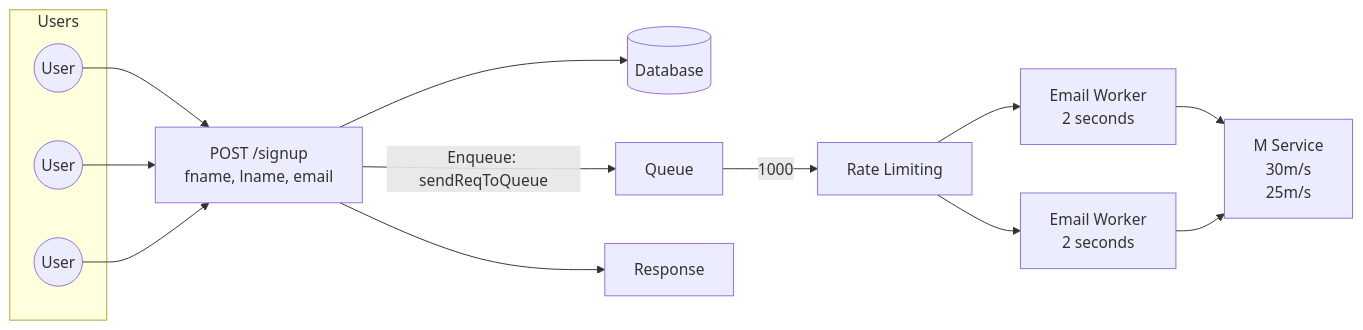
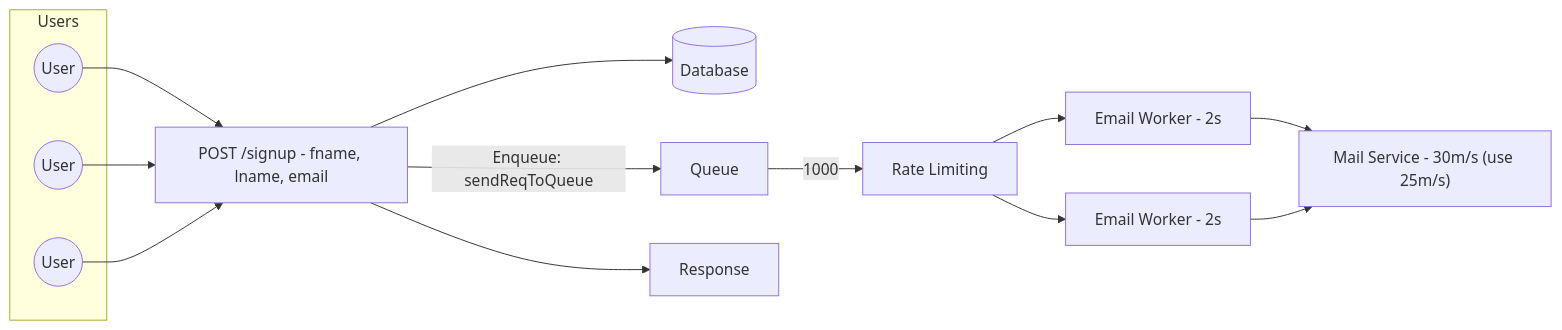
Before and after one commit to NalinDalal/system-design: the first of 4 diagrams in 3.NotificationSystem.md, drawn with Mermaid. The commit also changed other lines of this file and 2 other files, not shown here.

````diff
--- a/3.NotificationSystem.md
+++ b/3.NotificationSystem.md
@@ -57,24 +33,24 @@
 ```mermaid
 flowchart LR
     subgraph Users
         U1((User))
         U2((User))
         U3((User))
     end
 
-    U1 --> S[POST /signup <br/>fname, lname, email]
+    U1 --> S["POST /signup - fname, lname, email"]
     U2 --> S
     U3 --> S
 
     S --> DB[(Database)]
     S -->|Enqueue: sendReqToQueue| Q[Queue]
 
     S --> R[Response]
 
     Q -->|1000| RL[Rate Limiting]
-    RL --> W1[Email Worker<br/>2 seconds]
-    RL --> W2[Email Worker<br/>2 seconds]
+    RL --> W1["Email Worker - 2s"]
+    RL --> W2["Email Worker - 2s"]
 
-    W1 --> M[M Service<br/>30m/s<br/>25m/s]
+    W1 --> M["Mail Service - 30m/s (use 25m/s)"]
     W2 --> M
 ```
````
